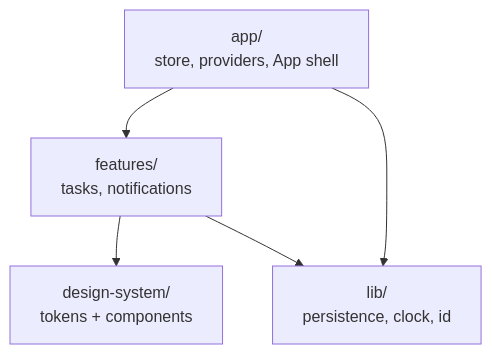
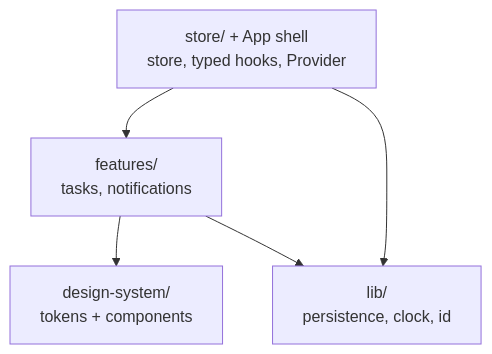
The second of 3 diagrams in docs/architecture/overview.md (madhusankadilan/tdd-react-redux-todo-app), drawn with Mermaid before and after one commit. The commit also changed other lines of this file and 14 other files, not shown here.

Commit message:
feat(store): set up Redux Toolkit store, typed hooks, Provider and renderWithProviders (#49)

````diff
--- a/docs/architecture/overview.md
+++ b/docs/architecture/overview.md
@@ -38,7 +38,7 @@
 ```mermaid
 flowchart TD
-  App["app/<br/>store, providers, App shell"] --> Features
+  App["store/ + App shell<br/>store, typed hooks, Provider"] --> Features
   Features["features/<br/>tasks, notifications"] --> DS["design-system/<br/>tokens + components"]
   Features --> Lib["lib/<br/>persistence, clock, id"]
   App --> Lib
 ```
````
